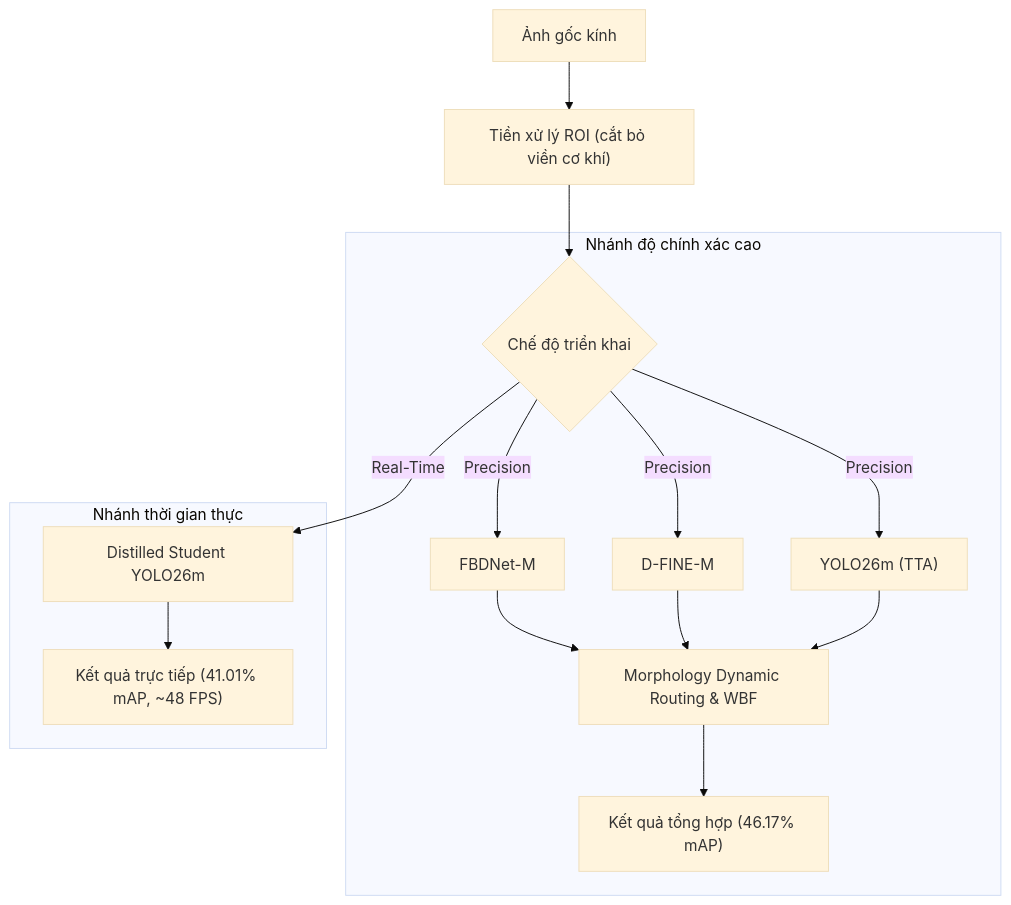
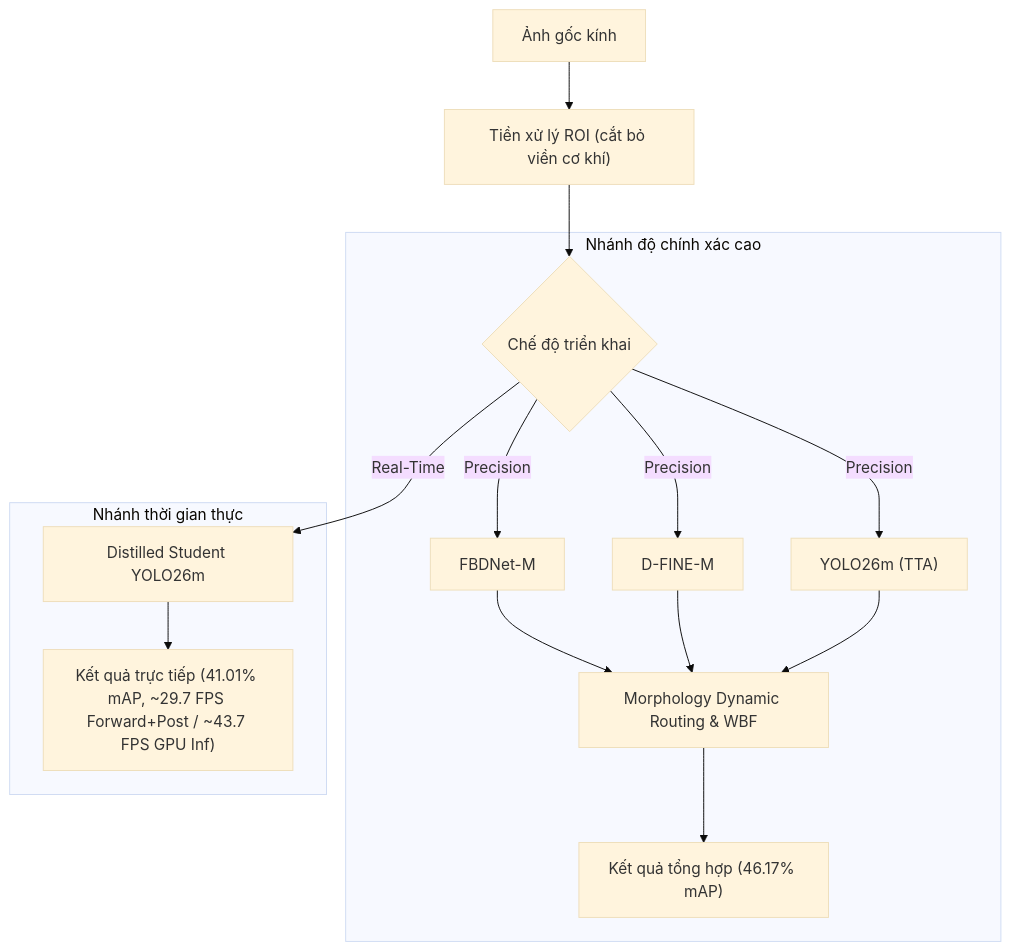
Before and after one commit to nvtanphat/glass-defect-inspector: the diagram in README.md, drawn with Mermaid (base theme). The commit also changed other lines of this file, not shown here.

````diff
--- a/README.md
+++ b/README.md
@@ -88,18 +96,18 @@
 ```mermaid
 flowchart TD
     Raw["Ảnh gốc kính"] --> ROI["Tiền xử lý ROI (cắt bỏ viền cơ khí)"]
     ROI --> Split{"Chế độ triển khai"}
     
     subgraph SOTA_Path ["Nhánh độ chính xác cao"]
         Split -->|Precision| FBD["FBDNet-M"]
         Split -->|Precision| DF["D-FINE-M"]
         Split -->|Precision| Y26["YOLO26m (TTA)"]
         FBD & DF & Y26 --> DynWBF["Morphology Dynamic Routing & WBF"]
         DynWBF --> ApexOut["Kết quả tổng hợp (46.17% mAP)"]
     end
     
     subgraph RealTime_Path ["Nhánh thời gian thực"]
         Split -->|Real-Time| Distill["Distilled Student YOLO26m"]
-        Distill --> FastOut["Kết quả trực tiếp (41.01% mAP, ~48 FPS)"]
+        Distill --> FastOut["Kết quả trực tiếp (41.01% mAP, ~29.7 FPS Forward+Post / ~43.7 FPS GPU Inf)"]
     end
 ```
````
